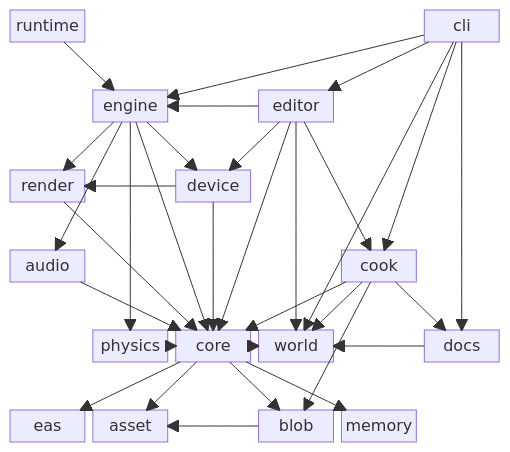
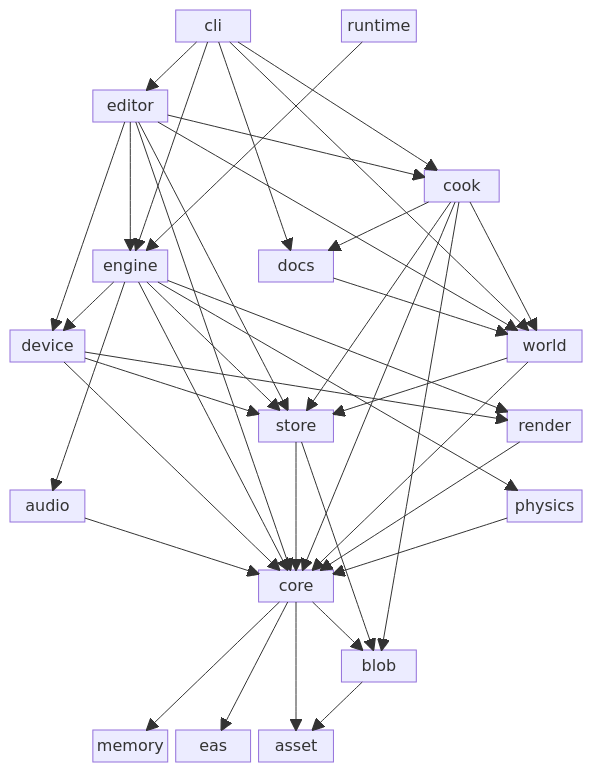
The diagram in crates/README.md (concinnitygg/concinnity), drawn with Mermaid before and after one commit. The commit also changed other lines of this file and 54 other files, not shown here.

First line of the commit message:
Extract concinnity-store from concinnity-core

````diff
--- a/crates/README.md
+++ b/crates/README.md
@@ -29,50 +30,71 @@
 ```mermaid
 block
-columns 6
+columns 7
 
+space:2
+cli
+space:1
 runtime
-space:4
-cli
+space:2
 
-space:6
+space:7
+
+space:1
+editor
+space:5
+
+space:7
+
+space:5
+cook
+space:1
+
+space:7
 
 space:1
 engine
 space:1
-editor
+docs
+space:3
+
+space:7
+
+device
+space:5
+world
+
+space:7
+
+space:3
+store
+space:2
+render
+
+space:7
+
+audio
+space:5
+physics
+
+space:7
+
+space:3
+core
+space:3
+
+space:7
+
+space:4
+blob
 space:2
 
-space:6
-
-render
-space:1
-device
-space:3
-
-space:6
-
-audio
-space:3
-cook
-space:1
-
-space:6
+space:7
 
 space:1
-physics
-core
-world
-space:1
-docs
-
-space:6
-
+memory
 eas
 asset
-space:1
-blob
-memory
-space:1
+space:3
 
 runtime --> engine
 
@@ -87,20 +109,26 @@
 core --> blob
 core --> memory
 
+store --> core
+store --> blob
+
 engine --> audio
 engine --> core
+engine --> store
 engine --> device
 engine --> physics
 engine --> render
 
 editor --> engine
 editor --> device
+editor --> store
 editor --> cook
 editor --> core
 editor --> world
 
 cook --> blob
 cook --> core
+cook --> store
 cook --> world
 cook --> docs
 
@@ -108,6 +136,7 @@
 
 device --> core
 device --> render
+device --> store
 
 audio --> core
 
@@ -118,4 +147,5 @@
 blob --> asset
 
 world --> core
+world --> store
 ```
````
